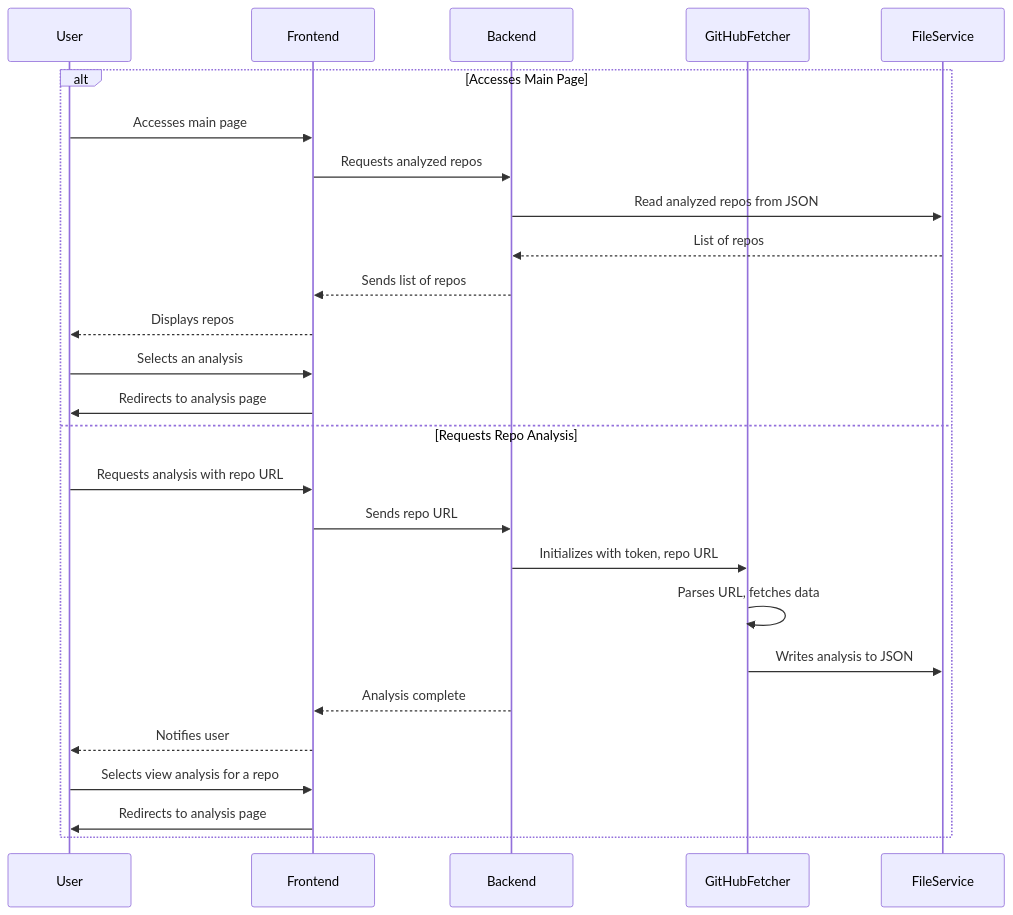
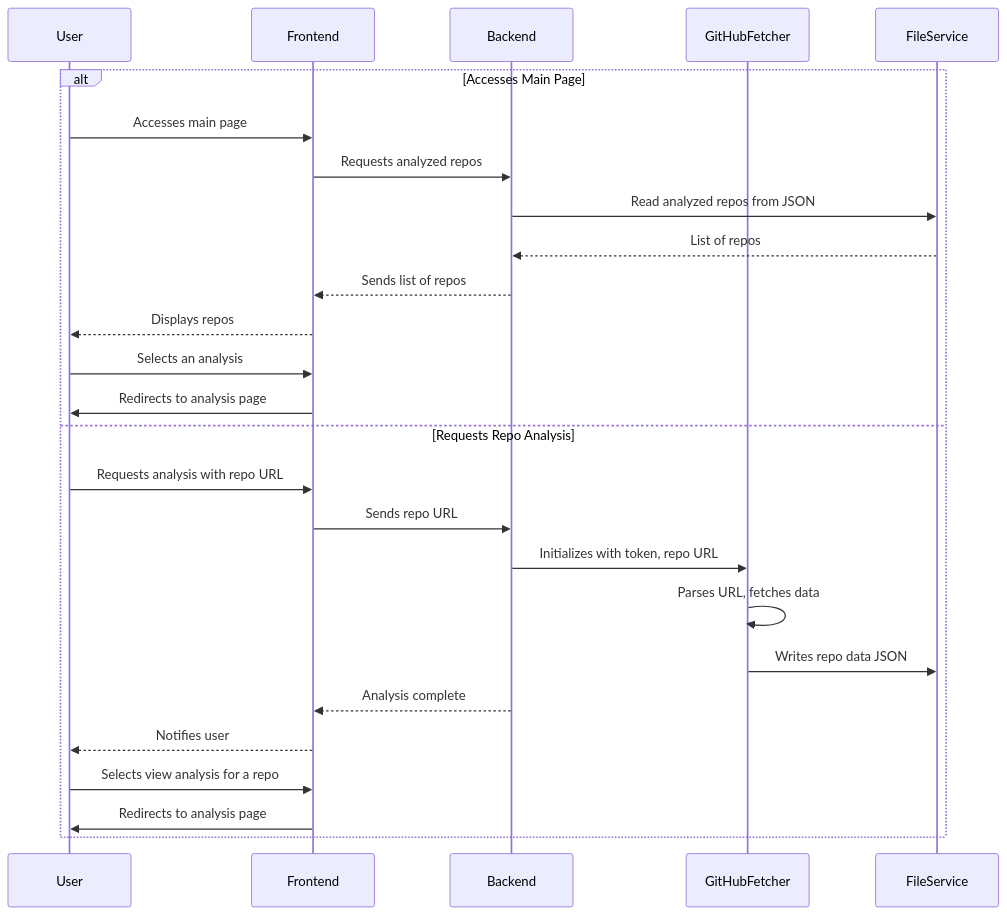
The first of 2 diagrams in Diagrams/sequence diagrams.md (Emruur/DevInsight), drawn with Mermaid before and after one commit. The commit also changed other lines of this file, not shown here.

Commit message:
sequence diagrams

````diff
--- a/Diagrams/sequence diagrams.md
+++ b/Diagrams/sequence diagrams.md
@@ -4,29 +4,29 @@
 ```mermaid
 sequenceDiagram
     participant U as User
     participant F as Frontend
     participant B as Backend
     participant GHF as GitHubFetcher
     participant FS as FileService
 
     alt Accesses Main Page
         U->>F: Accesses main page
         F->>B: Requests analyzed repos
         B->>FS: Read analyzed repos from JSON
         FS-->>B: List of repos
         B-->>F: Sends list of repos
         F-->>U: Displays repos
         U->>F: Selects an analysis
         F->>U: Redirects to analysis page
     else Requests Repo Analysis
         U->>F: Requests analysis with repo URL
         F->>B: Sends repo URL
         B->>GHF: Initializes with token, repo URL
         GHF->>GHF: Parses URL, fetches data
-        GHF->>FS: Writes analysis to JSON
+        GHF->>FS: Writes repo data JSON
         B-->>F: Analysis complete
         F-->>U: Notifies user
         U->>F: Selects view analysis for a repo
         F->>U: Redirects to analysis page
 end
 ```
````
